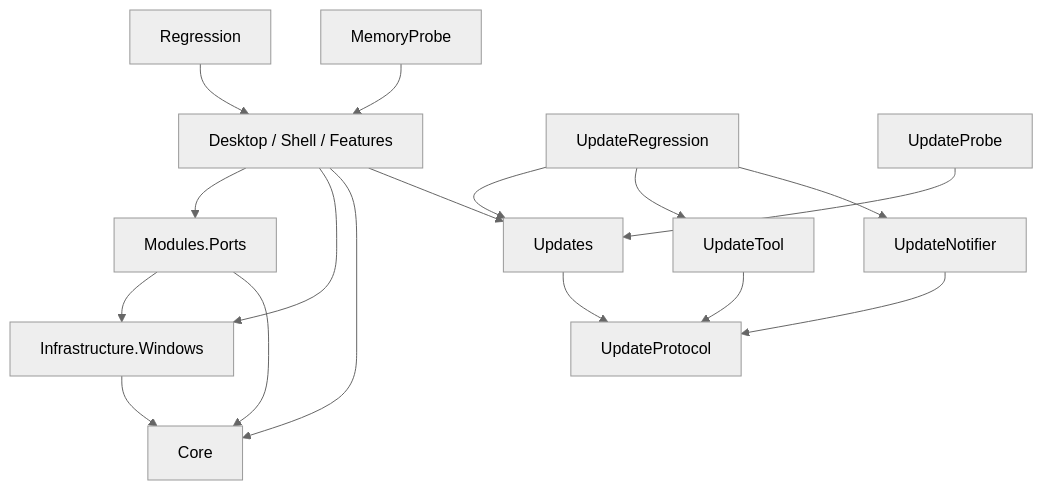
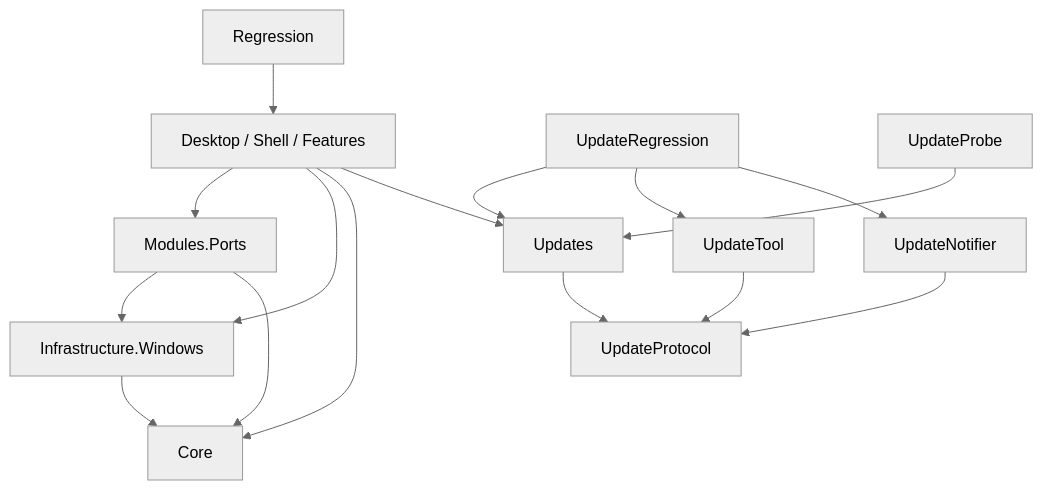
The diagram in docs/ARCHITECTURE.md (xiao-xiong8/PortKill), drawn with Mermaid (neutral theme) before and after one commit. The commit also changed other lines of this file and 14 other files, not shown here.

````diff
--- a/docs/ARCHITECTURE.md
+++ b/docs/ARCHITECTURE.md
@@ -9,19 +9,18 @@
 ```mermaid
 flowchart TD
   Desktop[Desktop / Shell / Features] --> Ports[Modules.Ports]
   Desktop --> Windows[Infrastructure.Windows]
   Desktop --> Core
   Desktop --> Updates
   Updates --> UpdateProtocol
   UpdateTool --> UpdateProtocol
   UpdateNotifier --> UpdateProtocol
   UpdateRegression --> Updates
   UpdateRegression --> UpdateTool
   UpdateRegression --> UpdateNotifier
   UpdateProbe --> Updates
   Ports --> Windows
   Ports --> Core
   Windows --> Core
   Regression --> Desktop
-  MemoryProbe --> Desktop
 ```
````
